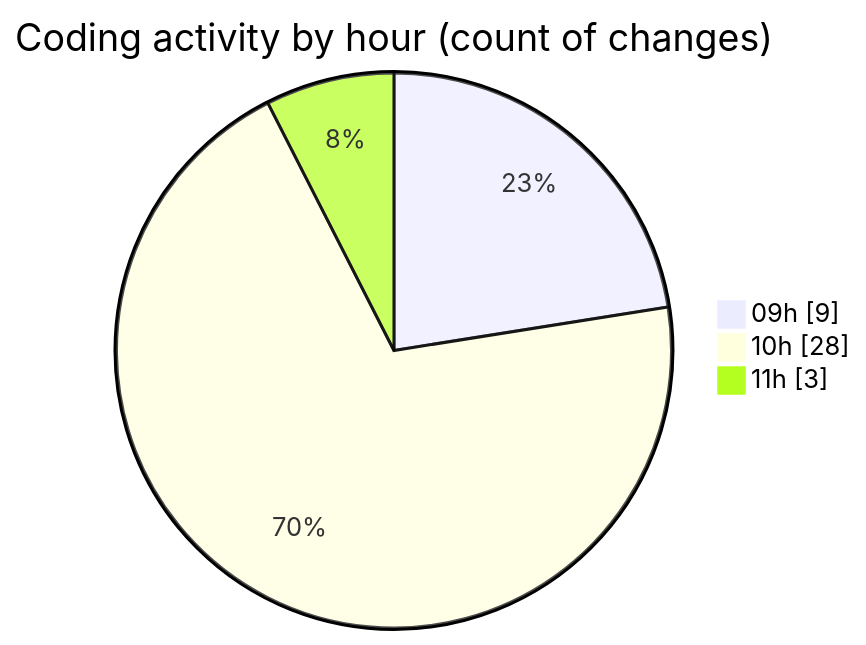
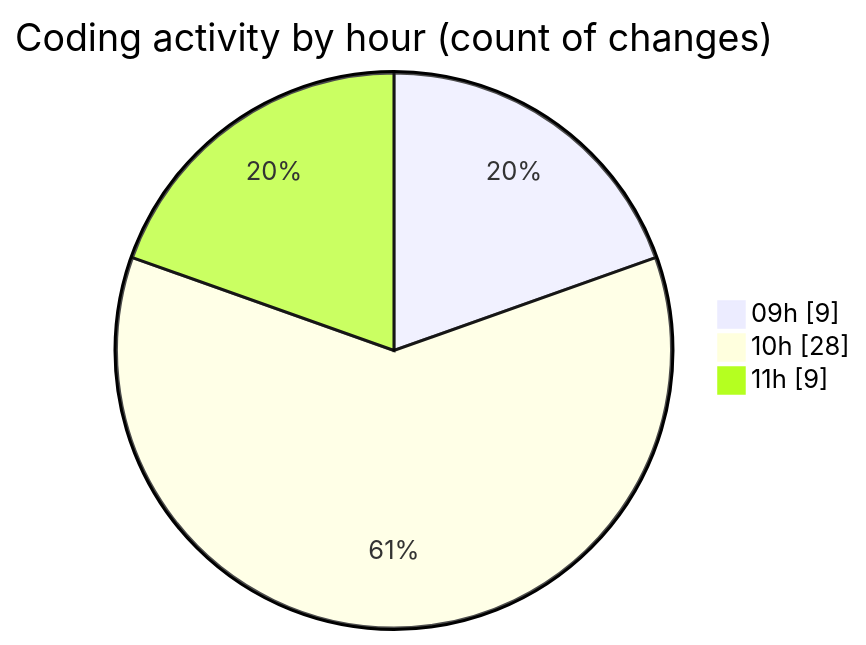
The second of 2 diagrams in 2025-09-18/cda/README.md (momahboobian/code-tracking), drawn with Mermaid before and after one commit. The commit also changed other lines of this file and 1 other file, not shown here.

````diff
--- a/2025-09-18/cda/README.md
+++ b/2025-09-18/cda/README.md
@@ -36,7 +36,7 @@
 ```mermaid
 pie showData
 title Coding activity by hour (count of changes)
 "09h" : 9
 "10h" : 28
-"11h" : 3
+"11h" : 9
 ```
````
